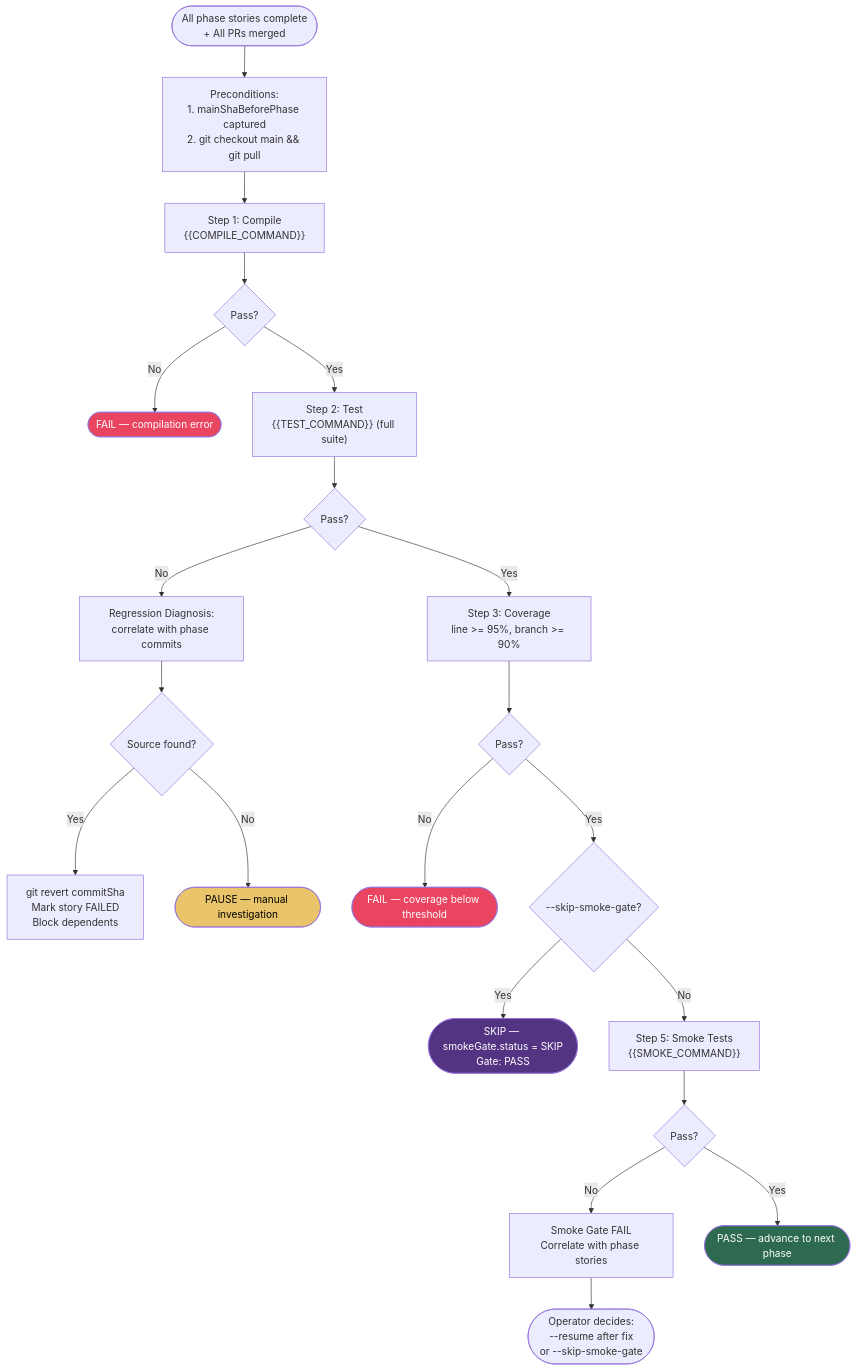
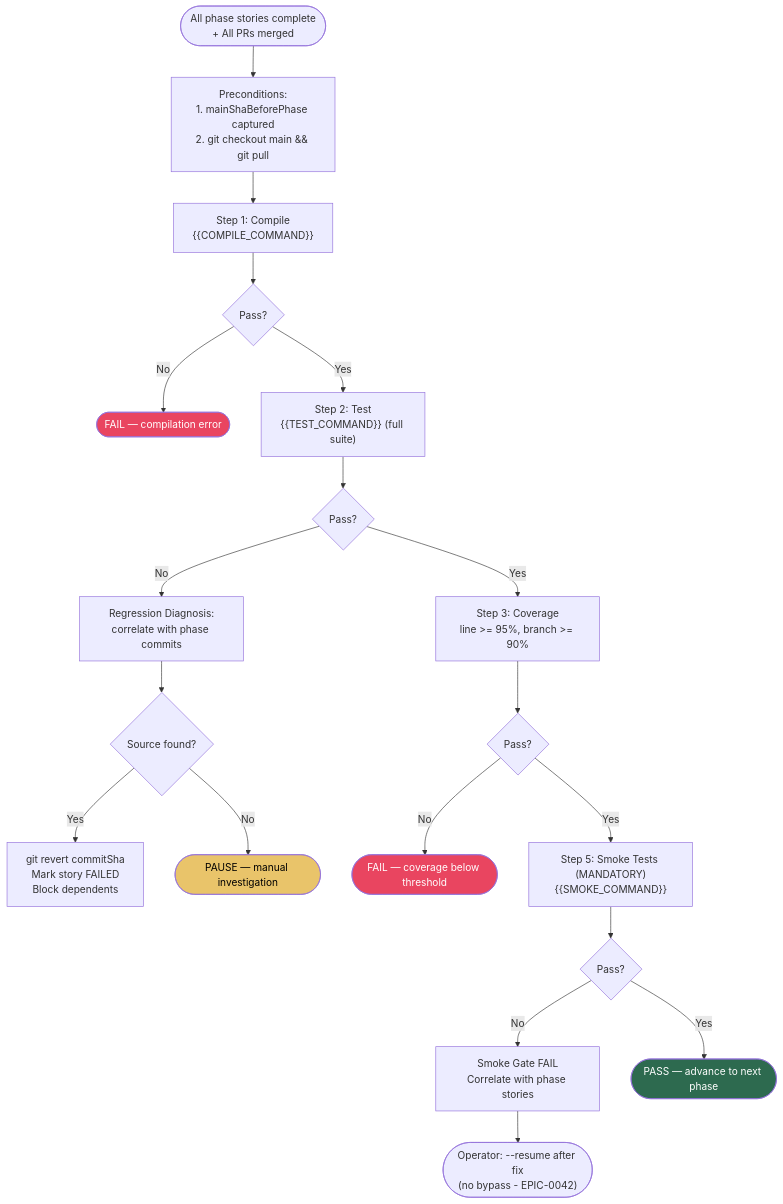
Before and after one commit to edercnj/ia-dev-environment: the sixth of 8 diagrams in .claude/skills/x-epic-implement/README.md, drawn with Mermaid. The commit also changed other lines of this file and 24 other files, not shown here.

First line of the commit message:
feat(skill): enhance epic skills with Jira integration and mandatory smoke tests

````diff
--- a/.claude/skills/x-epic-implement/README.md
+++ b/.claude/skills/x-epic-implement/README.md
@@ -281,38 +280,33 @@
 ```mermaid
 flowchart TD
     TRIGGER(["All phase stories complete<br/>+ All PRs merged"]) --> PRE
 
     PRE["Preconditions:<br/>1. mainShaBeforePhase captured<br/>2. git checkout main && git pull"] --> S1
 
     S1["Step 1: Compile<br/>{{COMPILE_COMMAND}}"] --> S1R{Pass?}
     S1R -->|No| FAIL1(["FAIL — compilation error"])
     S1R -->|Yes| S2
 
     S2["Step 2: Test<br/>{{TEST_COMMAND}} (full suite)"] --> S2R{Pass?}
     S2R -->|No| REGRESS["Regression Diagnosis:<br/>correlate with phase commits"]
     S2R -->|Yes| S3
 
     REGRESS --> REGSRC{Source found?}
     REGSRC -->|Yes| REVERT["git revert commitSha<br/>Mark story FAILED<br/>Block dependents"]
     REGSRC -->|No| PAUSE(["PAUSE — manual investigation"])
 
     S3["Step 3: Coverage<br/>line >= 95%, branch >= 90%"] --> S3R{Pass?}
     S3R -->|No| FAIL3(["FAIL — coverage below threshold"])
-    S3R -->|Yes| S4
+    S3R -->|Yes| S5
 
-    S4{--skip-smoke-gate?}
-    S4 -->|Yes| SKIP(["SKIP — smokeGate.status = SKIP<br/>Gate: PASS"])
-    S4 -->|No| S5
-
-    S5["Step 5: Smoke Tests<br/>{{SMOKE_COMMAND}}"] --> S5R{Pass?}
+    S5["Step 5: Smoke Tests (MANDATORY)<br/>{{SMOKE_COMMAND}}"] --> S5R{Pass?}
     S5R -->|No| SMOKEFAIL["Smoke Gate FAIL<br/>Correlate with phase stories"]
     S5R -->|Yes| PASS(["PASS — advance to next phase"])
 
-    SMOKEFAIL --> OPERATOR(["Operator decides:<br/>--resume after fix<br/>or --skip-smoke-gate"])
+    SMOKEFAIL --> OPERATOR(["Operator: --resume after fix<br/>(no bypass - EPIC-0042)"])
 
     style PASS fill:#2d6a4f,color:#fff
     style FAIL1 fill:#e94560,color:#fff
     style FAIL3 fill:#e94560,color:#fff
     style PAUSE fill:#e9c46a,color:#000
-    style SKIP fill:#533483,color:#fff
 ```
````
